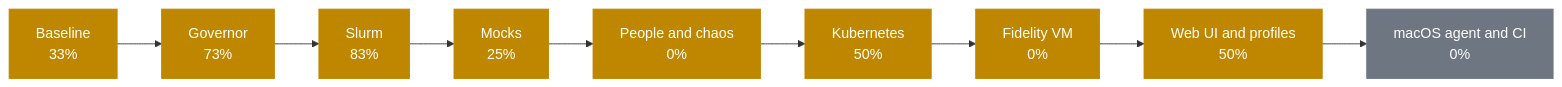
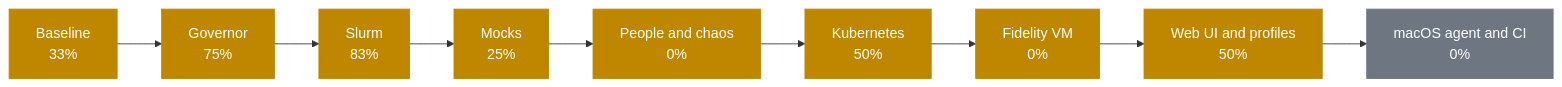
Before and after one commit to AhmedYousriSobhi/workbench: the first of 2 diagrams in docs/PROGRESS.md, drawn with Mermaid. The commit also changed other lines of this file and 2 other files, not shown here.

````diff
--- a/docs/PROGRESS.md
+++ b/docs/PROGRESS.md
@@ -10,17 +10,17 @@
 ```mermaid
 flowchart LR
     p0["Baseline<br/>33%"]:::partial
-    p1["Governor<br/>73%"]:::partial
+    p1["Governor<br/>75%"]:::partial
     p2["Slurm<br/>83%"]:::partial
     p3["Mocks<br/>25%"]:::partial
     p4["People and chaos<br/>0%"]:::partial
     p5["Kubernetes<br/>50%"]:::partial
     p6["Fidelity VM<br/>0%"]:::partial
     p7["Web UI and profiles<br/>50%"]:::partial
     p8["macOS agent and CI<br/>0%"]:::todo
     p0 --> p1 --> p2 --> p3 --> p4 --> p5 --> p6 --> p7 --> p8
     classDef done fill:#1a7f37,stroke:#1a7f37,color:#fff
     classDef review fill:#0969da,stroke:#0969da,color:#fff
     classDef partial fill:#bf8700,stroke:#bf8700,color:#fff
     classDef todo fill:#6e7781,stroke:#6e7781,color:#fff
 ```
````
